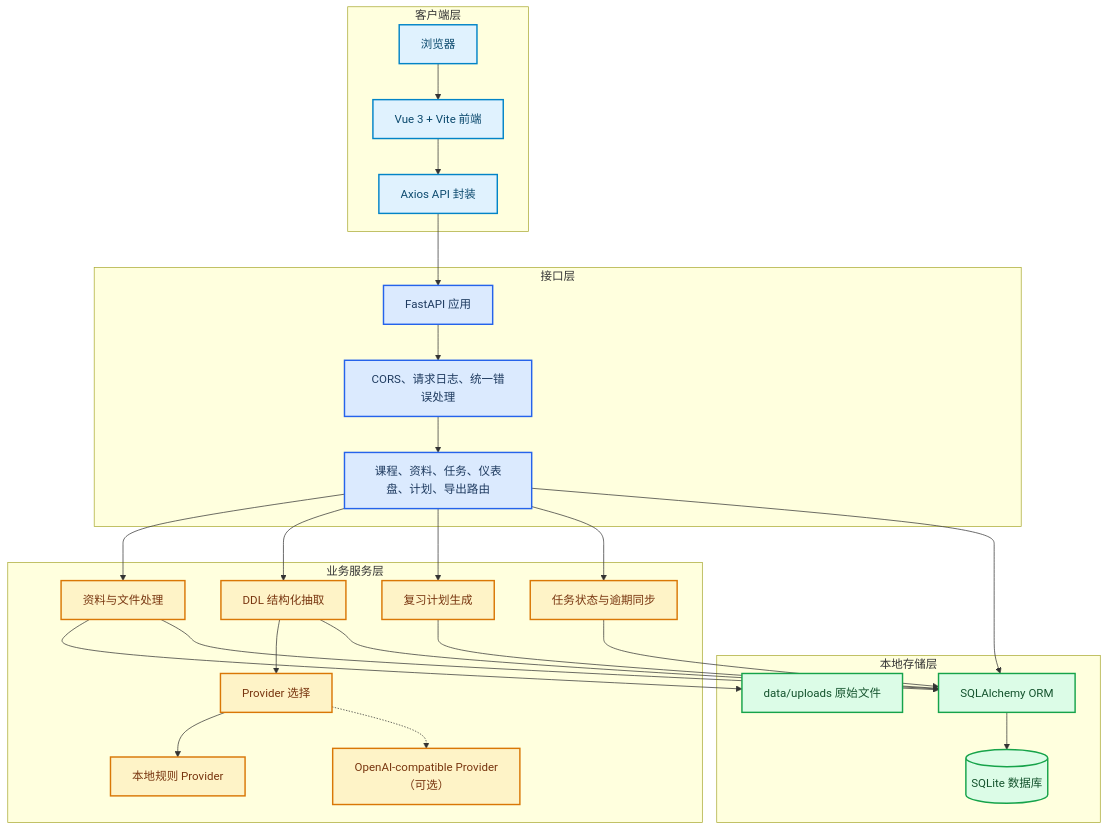
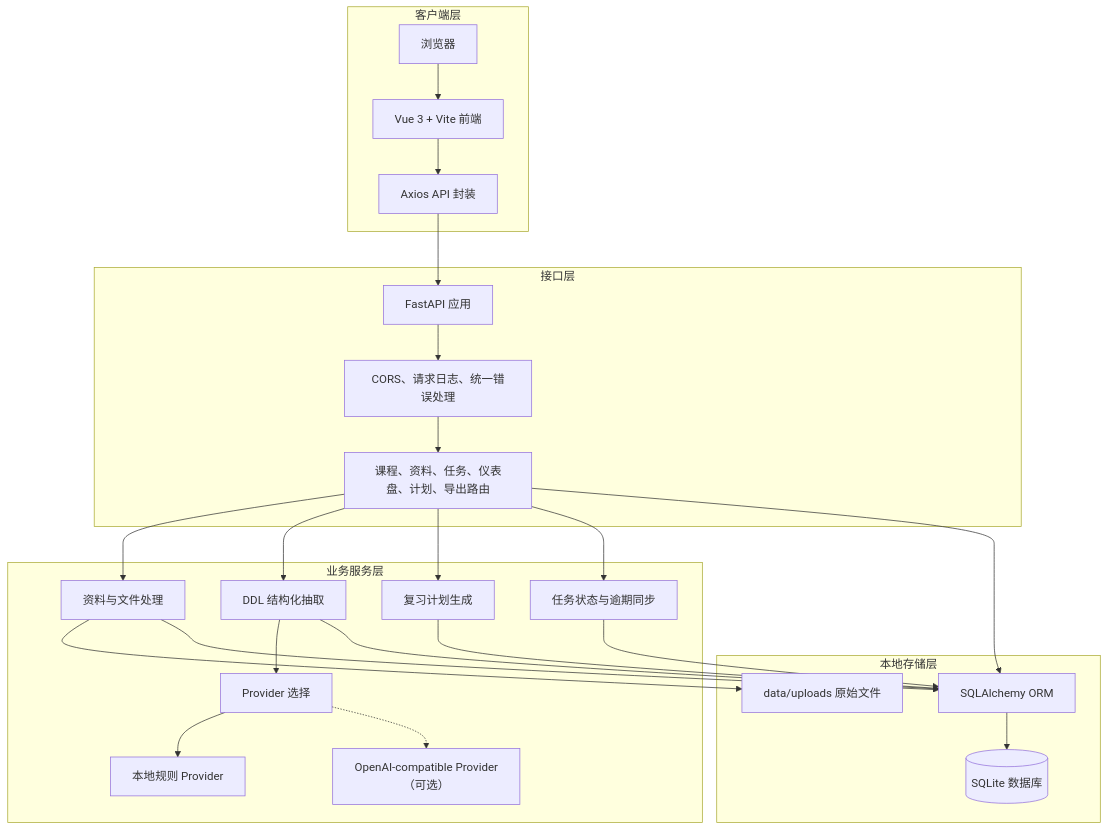
One commit to qweqwe12382/study-ddl-assistant changed the first of 2 diagrams in docs/架构与技术路线.md. Above: the diagram before and after it, drawn with Mermaid. The commit also changed other lines of this file and 27 other files, not shown here.

````diff
--- a/docs/架构与技术路线.md
+++ b/docs/架构与技术路线.md
@@ -11,61 +23,52 @@
 ```mermaid
 flowchart TB
     accTitle: 学伴管家系统架构
     accDescr: 展示浏览器、Vue 前端、FastAPI 后端、业务服务、SQLite 数据库和本地文件存储之间的关系。
 
     subgraph client_layer["客户端层"]
         browser["浏览器"]
         vue_app["Vue 3 + Vite 前端"]
         http_client["Axios API 封装"]
     end
 
     subgraph api_layer["接口层"]
         fastapi["FastAPI 应用"]
         route_modules["课程、资料、任务、仪表盘、计划、导出路由"]
         middleware["CORS、请求日志、统一错误处理"]
     end
 
     subgraph service_layer["业务服务层"]
         material_service["资料与文件处理"]
         extraction_service["DDL 结构化抽取"]
         study_plan_service["复习计划生成"]
         task_service["任务状态与逾期同步"]
         provider_layer["Provider 选择"]
         local_provider["本地规则 Provider"]
         llm_provider["OpenAI-compatible Provider（可选）"]
     end
 
     subgraph storage_layer["本地存储层"]
         sqlalchemy["SQLAlchemy ORM"]
         sqlite_db[("SQLite 数据库")]
         upload_dir["data/uploads 原始文件"]
     end
 
     browser --> vue_app --> http_client --> fastapi
     fastapi --> middleware
     middleware --> route_modules
     route_modules --> material_service
     route_modules --> extraction_service
     route_modules --> study_plan_service
     route_modules --> task_service
     route_modules --> sqlalchemy
     material_service --> upload_dir
     material_service --> sqlalchemy
     extraction_service --> provider_layer
     extraction_service --> sqlalchemy
     study_plan_service --> sqlalchemy
     task_service --> sqlalchemy
     provider_layer --> local_provider
     provider_layer -.-> llm_provider
     sqlalchemy --> sqlite_db
 
-    classDef client fill:#e0f2fe,stroke:#0284c7,stroke-width:2px,color:#0c4a6e
-    classDef api fill:#dbeafe,stroke:#2563eb,stroke-width:2px,color:#1e3a5f
-    classDef service fill:#fef3c7,stroke:#d97706,stroke-width:2px,color:#78350f
-    classDef storage fill:#dcfce7,stroke:#16a34a,stroke-width:2px,color:#14532d
-
-    class browser,vue_app,http_client client
-    class fastapi,route_modules,middleware api
-    class material_service,extraction_service,study_plan_service,task_service,provider_layer,local_provider,llm_provider service
-    class sqlalchemy,sqlite_db,upload_dir storage
 ```
````
